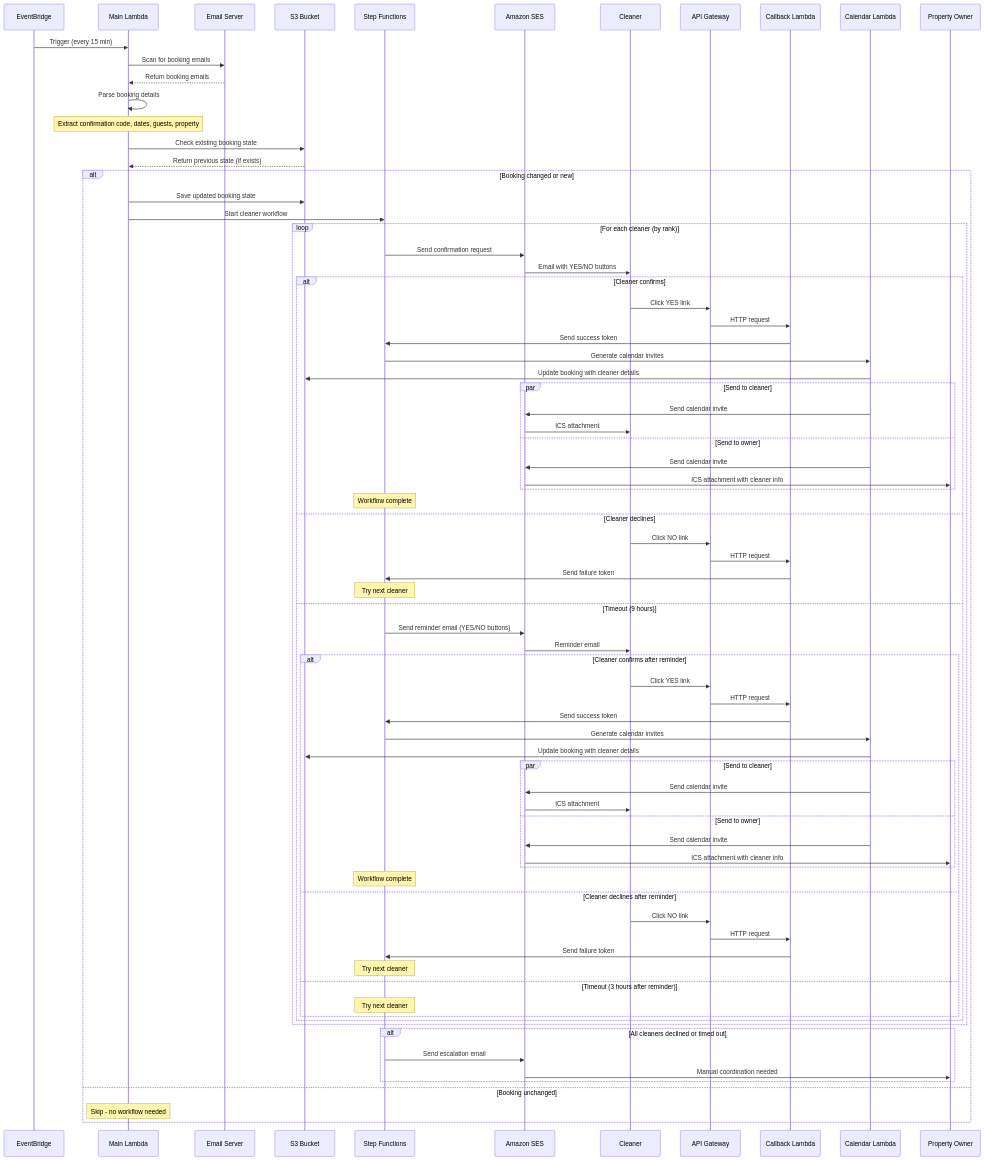
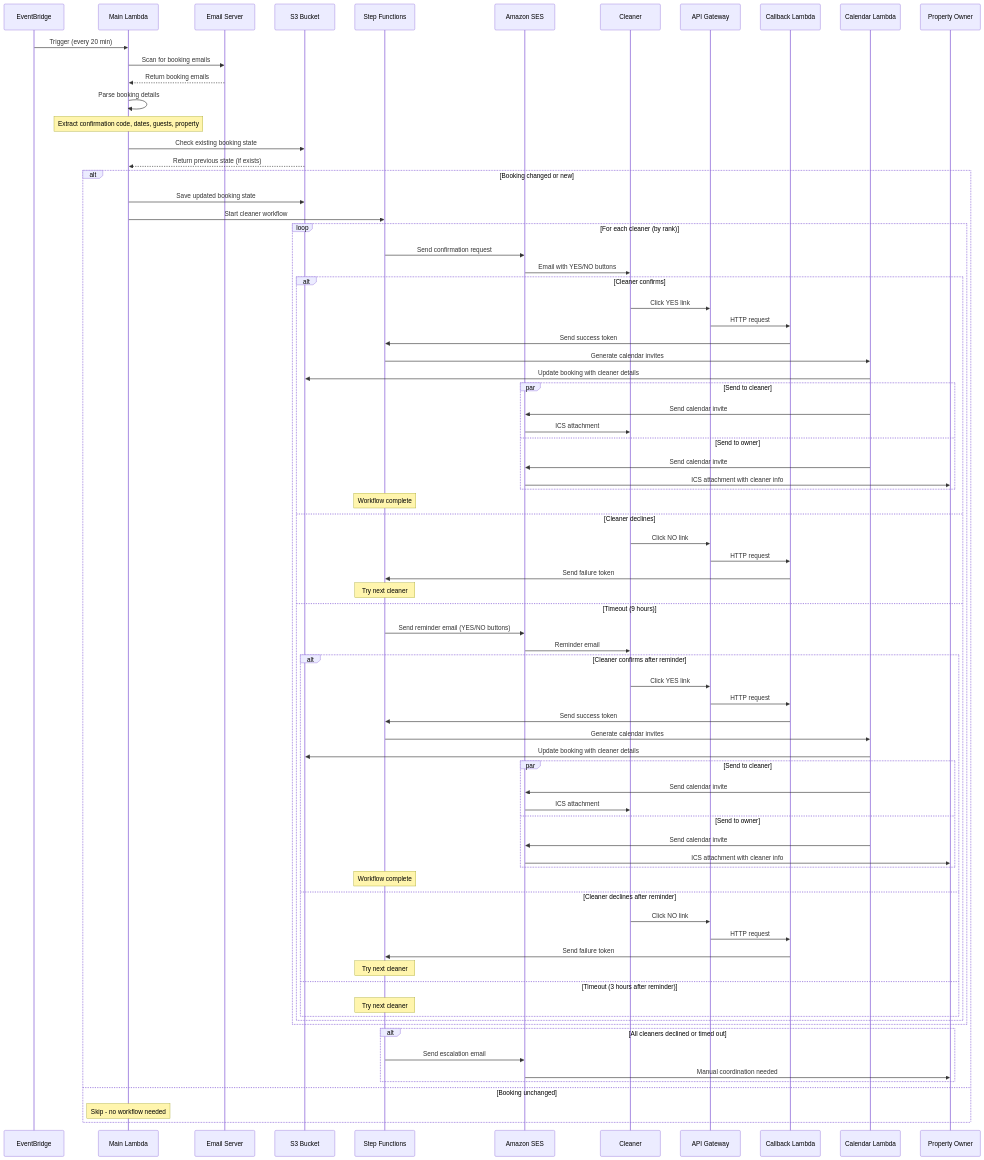
One commit to engineerthefuture/RentalTurnManager changed the first of 2 diagrams in README.md. Above: the diagram before and after it, drawn with Mermaid. The commit also changed other lines of this file, not shown here.

```diff
--- a/README.md
+++ b/README.md
@@ -36,7 +36,7 @@
   participant CL as Calendar Lambda
   participant Owner as Property Owner
 
-  EB->>ML: Trigger (every 15 min)
+  EB->>ML: Trigger (every 20 min)
   ML->>IMAP: Scan for booking emails
   IMAP-->>ML: Return booking emails
 
```
